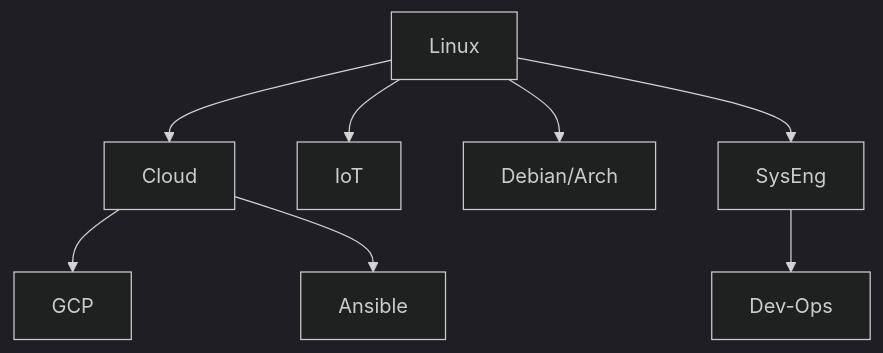
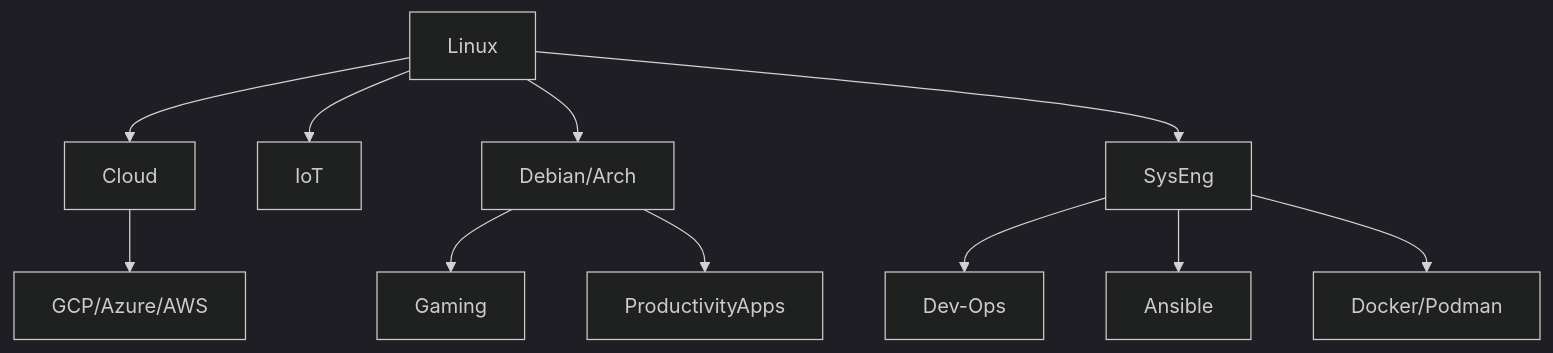
One commit to JAlcocerT/Linux changed the first of 2 diagrams in content/docs/_index.md. Above: the diagram before and after it, drawn with Mermaid (dark theme). The commit also changed other lines of this file and 5 other files, not shown here.

````diff
--- a/content/docs/_index.md
+++ b/content/docs/_index.md
@@ -23,10 +23,13 @@
 ```mermaid
 graph TD;
     Linux-->Cloud;
-    Cloud-->GCP;
-    Cloud-->Ansible;
+    Cloud-->GCP/Azure/AWS;
     Linux-->IoT;
     Linux-->Debian/Arch;
     Linux-->SysEng;
     SysEng-->Dev-Ops;
+    SysEng-->Ansible;
+    SysEng-->Docker/Podman;
+    Debian/Arch-->Gaming;
+    Debian/Arch-->ProductivityApps;
 ```
````
